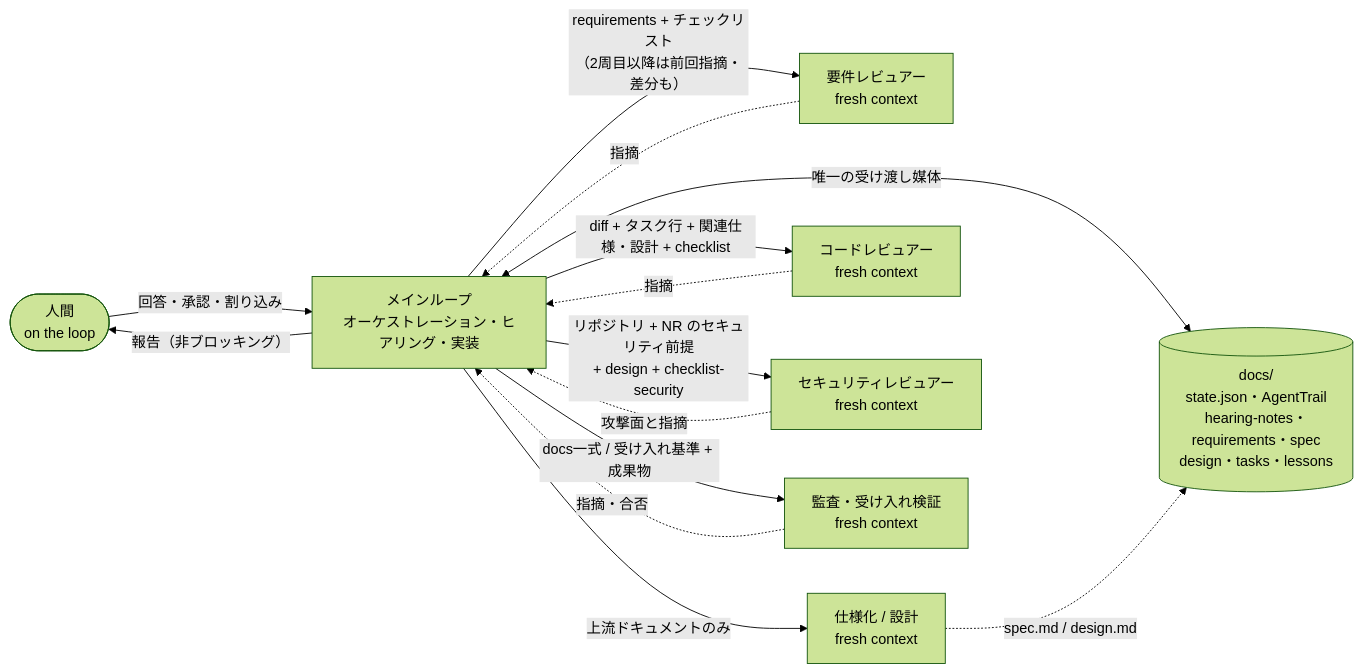
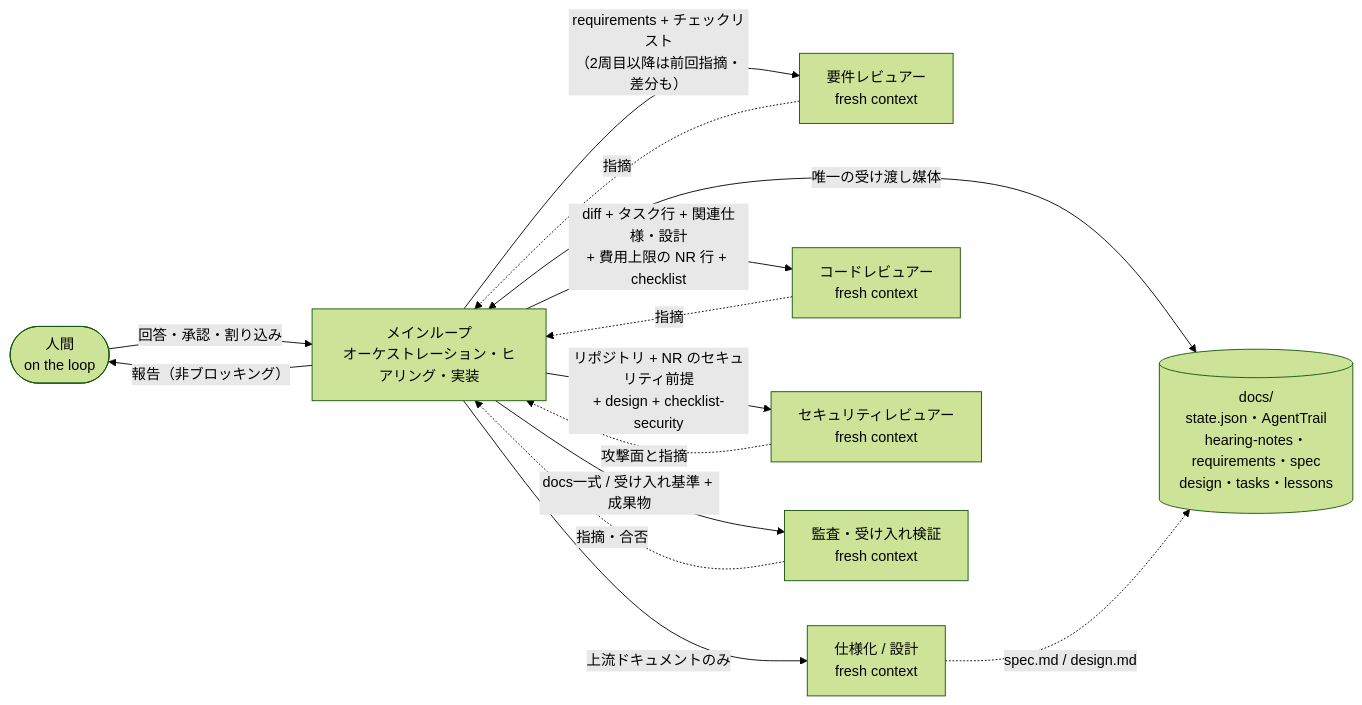
Before and after one commit to Harurow/human-on-the-loop: the second of 2 diagrams in README.md, drawn with Mermaid (forest theme). The commit also changed 7 other files, not shown here.

Commit message:
非機能横断チェック: 敵対的レビュー2周目の MAJOR 2・MINOR 7・NIT 3 に対応（NR 不在時は上限なし=開示のみ・費用影響ありは備考・開示の disposition を reporting に追加・NR-2 は (c) が正・想定実行頻度の置き場・01 の3観点を独立節+ノート構造に追加・該当なし基準の許容・公開範囲は spec/design 優先・ID 維持を 02 に移動・図のラベル・commit hash）

````diff
--- a/README.md
+++ b/README.md
@@ -48,25 +48,25 @@
 ```mermaid
 flowchart LR
     H([人間<br/>on the loop])
     M[メインループ<br/>オーケストレーション・ヒアリング・実装]
     R[要件レビュアー<br/>fresh context]
     S[仕様化 / 設計<br/>fresh context]
     C[コードレビュアー<br/>fresh context]
     SR[セキュリティレビュアー<br/>fresh context]
     V[監査・受け入れ検証<br/>fresh context]
     D[(docs/<br/>state.json・AgentTrail<br/>hearing-notes・requirements・spec<br/>design・tasks・lessons)]
 
     H -->|回答・承認・割り込み| M
     M -->|報告（非ブロッキング）| H
     M -->|requirements + チェックリスト<br/>（2周目以降は前回指摘・差分も）| R
     M -->|上流ドキュメントのみ| S
-    M -->|diff + タスク行 + 関連仕様・設計 + checklist| C
+    M -->|diff + タスク行 + 関連仕様・設計<br/>+ 費用上限の NR 行 + checklist| C
     M -->|リポジトリ + NR のセキュリティ前提<br/>+ design + checklist-security| SR
     M -->|docs一式 / 受け入れ基準 + 成果物| V
     M <-->|唯一の受け渡し媒体| D
     R -.->|指摘| M
     S -.->|spec.md / design.md| D
     C -.->|指摘| M
     SR -.->|攻撃面と指摘| M
     V -.->|指摘・合否| M
 ```
````
